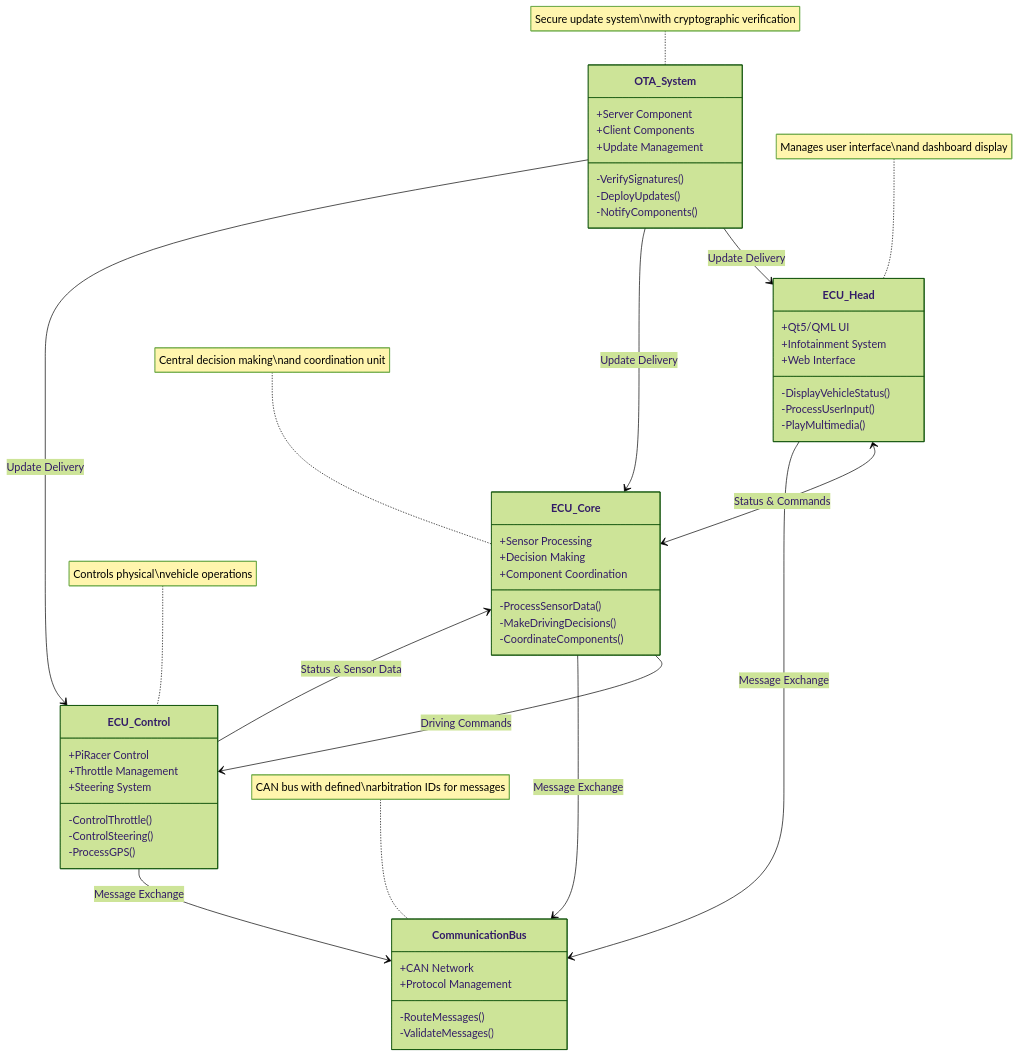
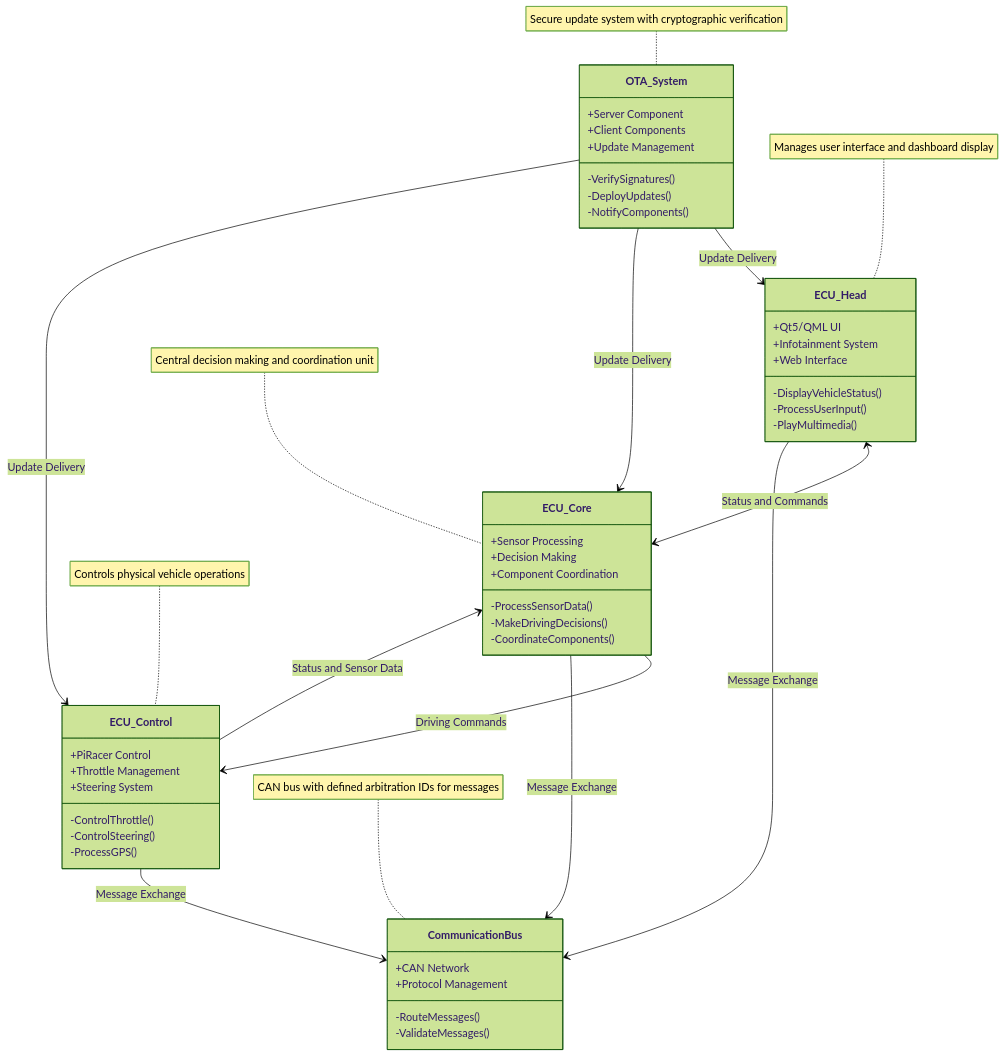
The first of 2 diagrams in README.md (AhmedAdelWafdy7/Software-Defined-Vehicle), drawn with Mermaid (forest theme) before and after one commit. The commit also changed other lines of this file, not shown here.

Commit message:
fix meramid UML

````diff
--- a/README.md
+++ b/README.md
@@ -129,55 +129,55 @@
 ```mermaid
 classDiagram
-class ECU_Head {
-+Qt5/QML UI
-+Infotainment System
-+Web Interface
--DisplayVehicleStatus()
--ProcessUserInput()
--PlayMultimedia()
-}
-class ECU_Core {
-+Sensor Processing
-+Decision Making
-+Component Coordination
--ProcessSensorData()
--MakeDrivingDecisions()
--CoordinateComponents()
-}
-class ECU_Control {
-+PiRacer Control
-+Throttle Management
-+Steering System
--ControlThrottle()
--ControlSteering()
--ProcessGPS()
-}
-class OTA_System {
-+Server Component
-+Client Components
-+Update Management
--VerifySignatures()
--DeployUpdates()
--NotifyComponents()
-}
-class CommunicationBus {
-+CAN Network
-+Protocol Management
--RouteMessages()
--ValidateMessages()
-}
-ECU_Head <--> ECU_Core : Status & Commands
-ECU_Core --> ECU_Control : Driving Commands
-ECU_Control --> ECU_Core : Status & Sensor Data
-OTA_System --> ECU_Head : Update Delivery
-OTA_System --> ECU_Core : Update Delivery
-OTA_System --> ECU_Control : Update Delivery
-ECU_Head --> CommunicationBus : Message Exchange
-ECU_Core --> CommunicationBus : Message Exchange
-ECU_Control --> CommunicationBus : Message Exchange
-note for ECU_Head "Manages user interface\nand dashboard display"
-note for ECU_Control "Controls physical\nvehicle operations"
-note for ECU_Core "Central decision making\nand coordination unit"
-note for OTA_System "Secure update system\nwith cryptographic verification"
-note for CommunicationBus "CAN bus with defined\narbitration IDs for messages"
+    class ECU_Head {
+        +Qt5/QML UI
+        +Infotainment System
+        +Web Interface
+        -DisplayVehicleStatus()
+        -ProcessUserInput()
+        -PlayMultimedia()
+    }
+    class ECU_Core {
+        +Sensor Processing
+        +Decision Making
+        +Component Coordination
+        -ProcessSensorData()
+        -MakeDrivingDecisions()
+        -CoordinateComponents()
+    }
+    class ECU_Control {
+        +PiRacer Control
+        +Throttle Management
+        +Steering System
+        -ControlThrottle()
+        -ControlSteering()
+        -ProcessGPS()
+    }
+    class OTA_System {
+        +Server Component
+        +Client Components
+        +Update Management
+        -VerifySignatures()
+        -DeployUpdates()
+        -NotifyComponents()
+    }
+    class CommunicationBus {
+        +CAN Network
+        +Protocol Management
+        -RouteMessages()
+        -ValidateMessages()
+    }
+    ECU_Head <--> ECU_Core : Status and Commands
+    ECU_Core --> ECU_Control : Driving Commands
+    ECU_Control --> ECU_Core : Status and Sensor Data
+    OTA_System --> ECU_Head : Update Delivery
+    OTA_System --> ECU_Core : Update Delivery
+    OTA_System --> ECU_Control : Update Delivery
+    ECU_Head --> CommunicationBus : Message Exchange
+    ECU_Core --> CommunicationBus : Message Exchange
+    ECU_Control --> CommunicationBus : Message Exchange
+    note for ECU_Head "Manages user interface and dashboard display"
+    note for ECU_Control "Controls physical vehicle operations"
+    note for ECU_Core "Central decision making and coordination unit"
+    note for OTA_System "Secure update system with cryptographic verification"
+    note for CommunicationBus "CAN bus with defined arbitration IDs for messages"
 ```
````
